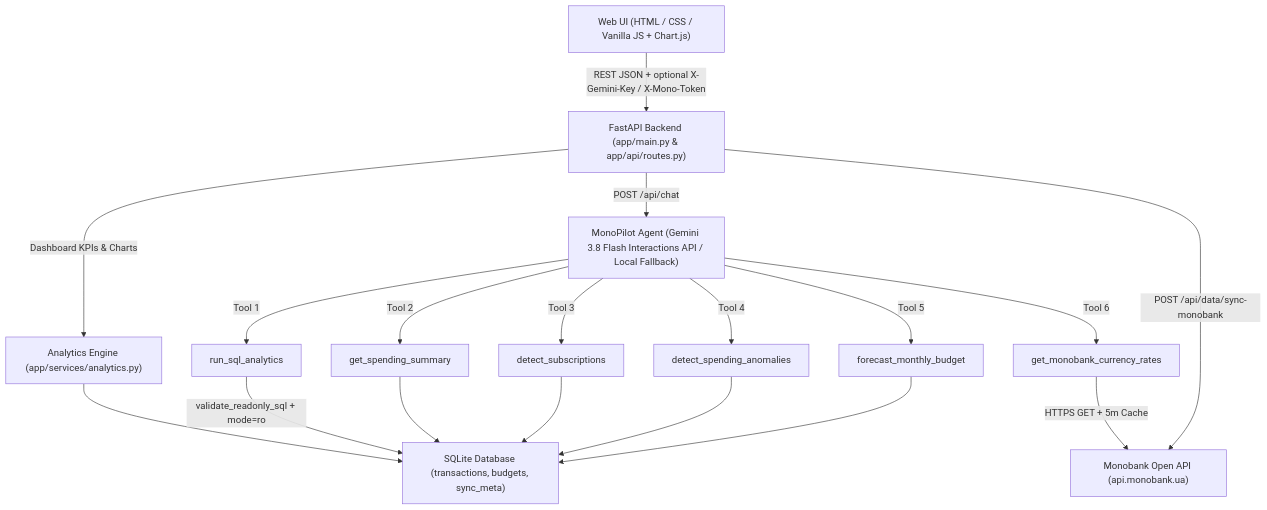
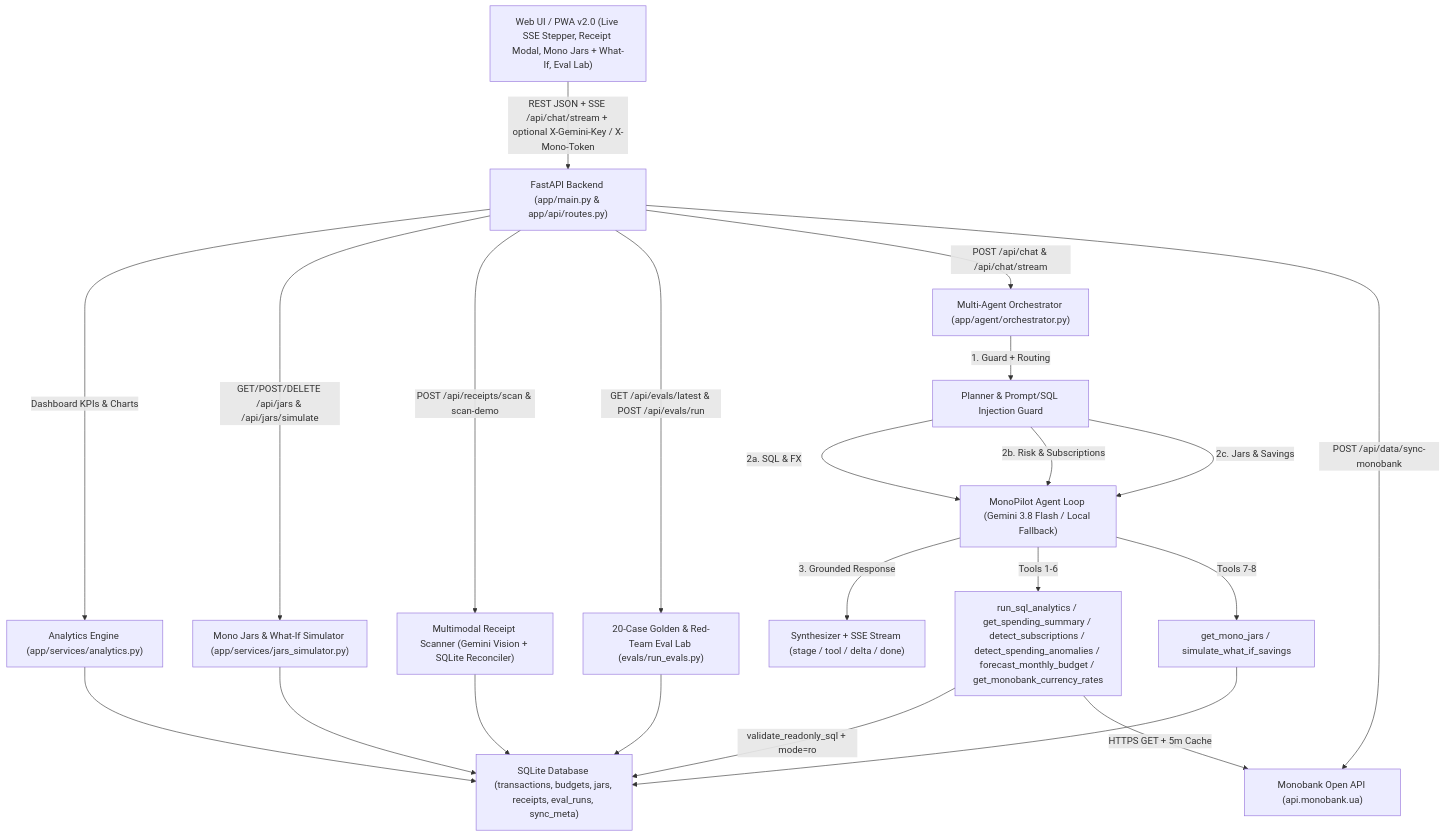
Before and after one commit to Demetriusnow/monopilot-ai: the diagram in README.md, drawn with Mermaid. The commit also changed other lines of this file and 20 other files, not shown here.

Commit message:
feat(v2): add multi-agent SSE orchestrator, Vision receipt scanner, Mono Jars What-If & 20-case eval lab

````diff
--- a/README.md
+++ b/README.md
@@ -45,22 +63,28 @@
 ```mermaid
 flowchart TD
-    UI["Web UI (HTML / CSS / Vanilla JS + Chart.js)"] -->|"REST JSON + optional X-Gemini-Key / X-Mono-Token"| API["FastAPI Backend (app/main.py & app/api/routes.py)"]
+    UI["Web UI / PWA v2.0 (Live SSE Stepper, Receipt Modal, Mono Jars + What-If, Eval Lab)"] -->|"REST JSON + SSE /api/chat/stream + optional X-Gemini-Key / X-Mono-Token"| API["FastAPI Backend (app/main.py & app/api/routes.py)"]
+
     API -->|"Dashboard KPIs & Charts"| AN["Analytics Engine (app/services/analytics.py)"]
-    API -->|"POST /api/chat"| AG["MonoPilot Agent (Gemini 3.8 Flash Interactions API / Local Fallback)"]
+    API -->|"GET/POST/DELETE /api/jars & /api/jars/simulate"| JARS["Mono Jars & What-If Simulator (app/services/jars_simulator.py)"]
+    API -->|"POST /api/receipts/scan & scan-demo"| VIS["Multimodal Receipt Scanner (Gemini Vision + SQLite Reconciler)"]
+    API -->|"GET /api/evals/latest & POST /api/evals/run"| EVAL["20-Case Golden & Red-Team Eval Lab (evals/run_evals.py)"]
+    API -->|"POST /api/chat & /api/chat/stream"| ORCH["Multi-Agent Orchestrator (app/agent/orchestrator.py)"]
 
-    AG -->|"Tool 1"| T1["run_sql_analytics"]
-    AG -->|"Tool 2"| T2["get_spending_summary"]
-    AG -->|"Tool 3"| T3["detect_subscriptions"]
-    AG -->|"Tool 4"| T4["detect_spending_anomalies"]
-    AG -->|"Tool 5"| T5["forecast_monthly_budget"]
-    AG -->|"Tool 6"| T6["get_monobank_currency_rates"]
+    ORCH -->|"1. Guard + Routing"| PLAN["Planner & Prompt/SQL Injection Guard"]
+    PLAN -->|"2a. SQL & FX"| AG["MonoPilot Agent Loop (Gemini 3.8 Flash / Local Fallback)"]
+    PLAN -->|"2b. Risk & Subscriptions"| AG
+    PLAN -->|"2c. Jars & Savings"| AG
+    AG -->|"3. Grounded Response"| SYNTH["Synthesizer + SSE Stream (stage / tool / delta / done)"]
 
-    T1 -->|"validate_readonly_sql + mode=ro"| DB["SQLite Database (transactions, budgets, sync_meta)"]
-    T2 --> DB
-    T3 --> DB
-    T4 --> DB
-    T5 --> DB
+    AG -->|"Tools 1-6"| T_CORE["run_sql_analytics / get_spending_summary / detect_subscriptions / detect_spending_anomalies / forecast_monthly_budget / get_monobank_currency_rates"]
+    AG -->|"Tools 7-8"| T_JARS["get_mono_jars / simulate_what_if_savings"]
+
+    T_CORE -->|"validate_readonly_sql + mode=ro"| DB["SQLite Database (transactions, budgets, jars, receipts, eval_runs, sync_meta)"]
+    T_JARS --> DB
     AN --> DB
-    T6 -->|"HTTPS GET + 5m Cache"| MONO["Monobank Open API (api.monobank.ua)"]
+    JARS --> DB
+    VIS --> DB
+    EVAL --> DB
+    T_CORE -->|"HTTPS GET + 5m Cache"| MONO["Monobank Open API (api.monobank.ua)"]
     API -->|"POST /api/data/sync-monobank"| MONO
 ```
````
